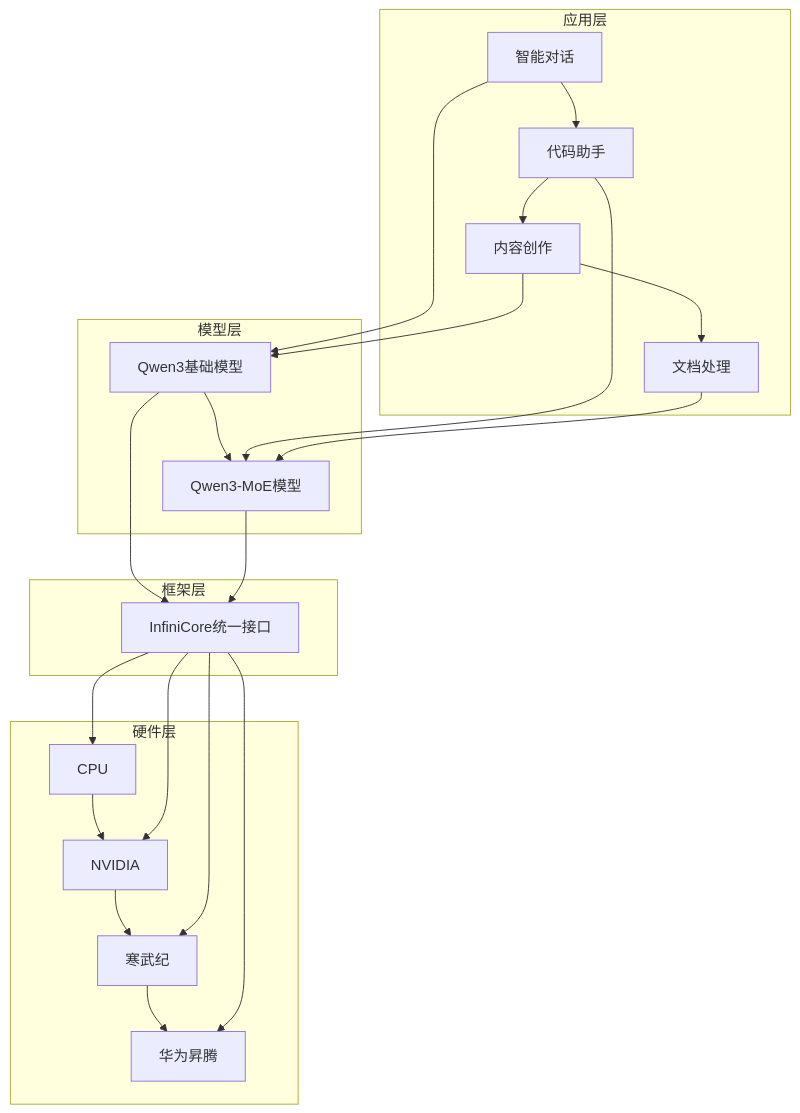
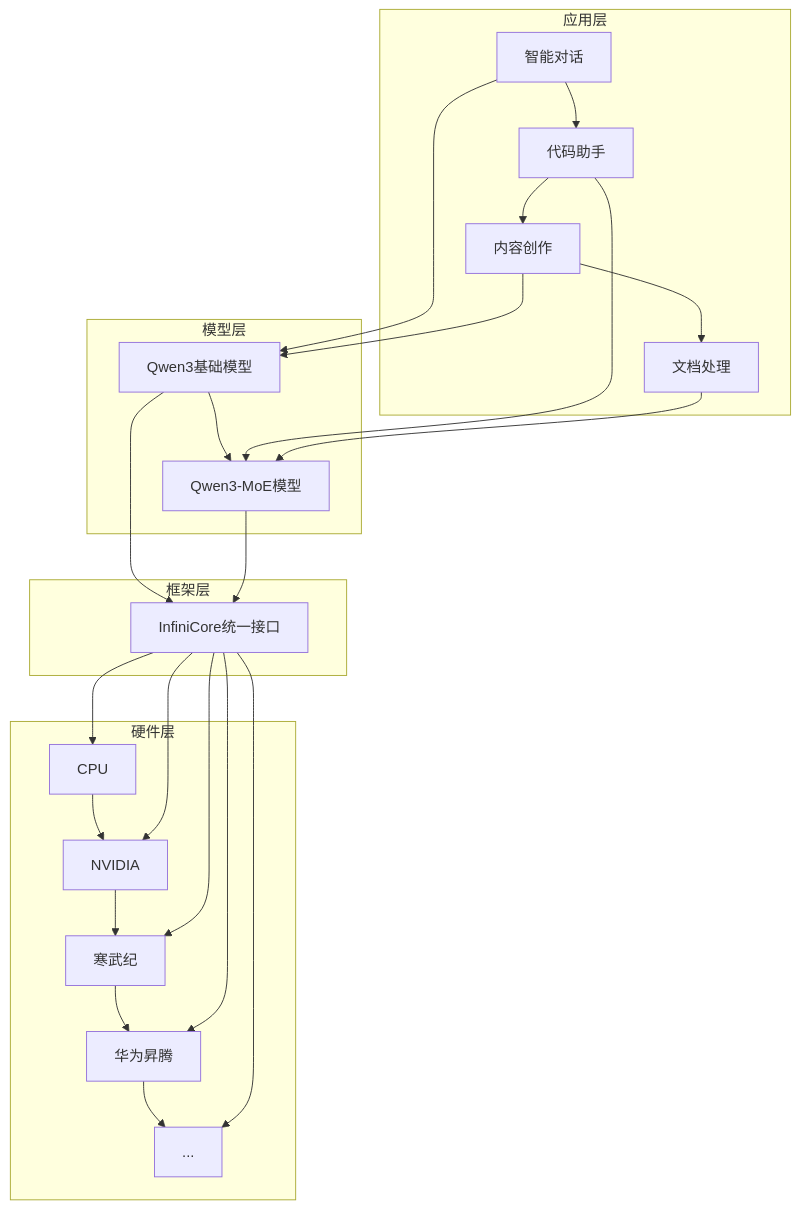
The diagram in README-技术文档导览.md (hootandy321/infini-qwen), drawn with Mermaid before and after one commit. The commit also changed other lines of this file, not shown here.

````diff
--- a/README-技术文档导览.md
+++ b/README-技术文档导览.md
@@ -39,29 +18,30 @@
 ```mermaid
 graph TB
     subgraph "应用层"
         A[智能对话] --> B[代码助手] --> C[内容创作] --> D[文档处理]
     end
     
     subgraph "模型层"
         E[Qwen3基础模型] --> F[Qwen3-MoE模型]
     end
     
     subgraph "框架层"
         G[InfiniCore统一接口]
     end
     
     subgraph "硬件层"
-        H[CPU] --> I[NVIDIA] --> J[寒武纪] --> K[华为昇腾]
+        H[CPU] --> I[NVIDIA] --> J[寒武纪] --> K[华为昇腾] -->L[...]
     end
     
     A --> E
     B --> F
     C --> E
     D --> F
     E --> G
     F --> G
     G --> H
     G --> I
     G --> J
     G --> K
+    G --> L
 ```
````
